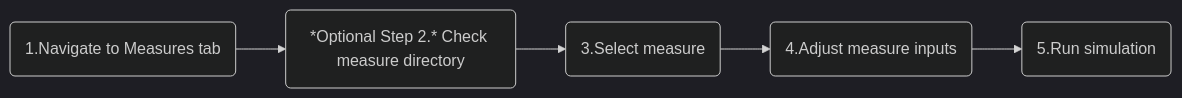
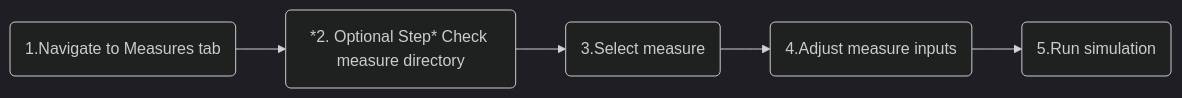
Before and after one commit to pnnl/BEM-for-PRM: the diagram in content/get_start/os_app/how_run_measure.md, drawn with Mermaid (dark theme). The commit also changed other lines of this file and 15 other files, not shown here.

```diff
--- a/content/get_start/os_app/how_run_measure.md
+++ b/content/get_start/os_app/how_run_measure.md
@@ -22,7 +24,7 @@
  {{<mermaid align="center">}}
 graph LR;
-    A(1.Navigate to Measures tab) --> B(*Optional Step 2.* Check measure directory)
+    A(1.Navigate to Measures tab) --> B(*2. Optional Step* Check measure directory)
     B --> C(3.Select measure)
     C --> D(4.Adjust measure inputs)
     D --> E(5.Run simulation)
     {{</mermaid>}}
```
